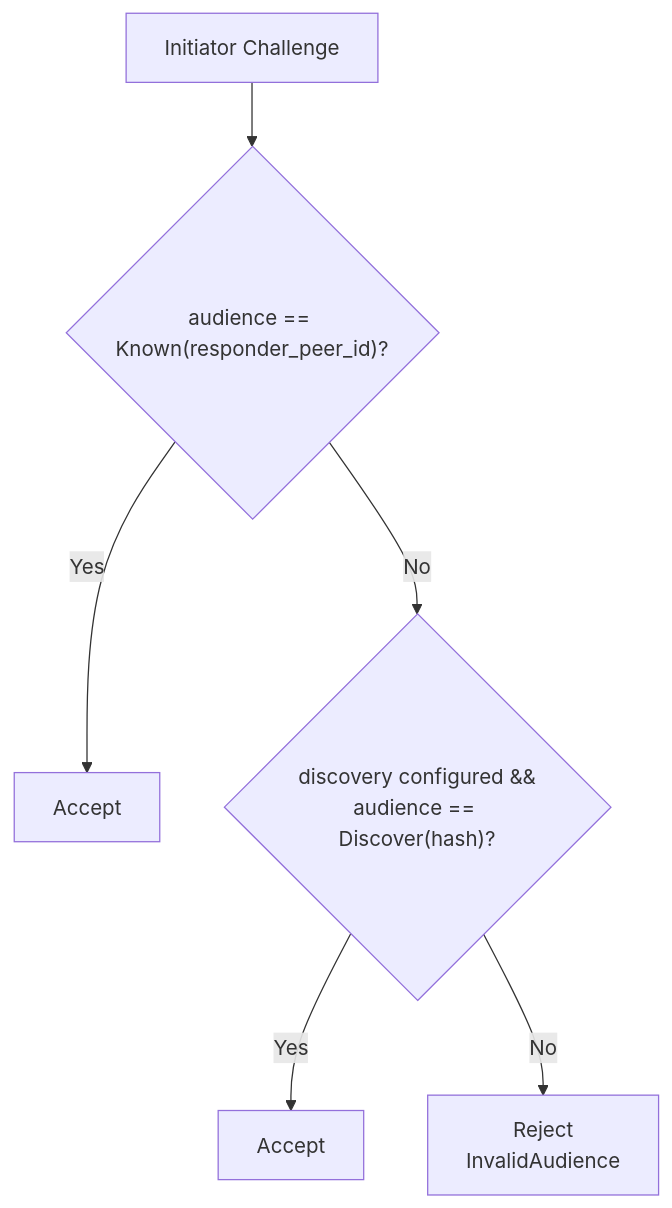
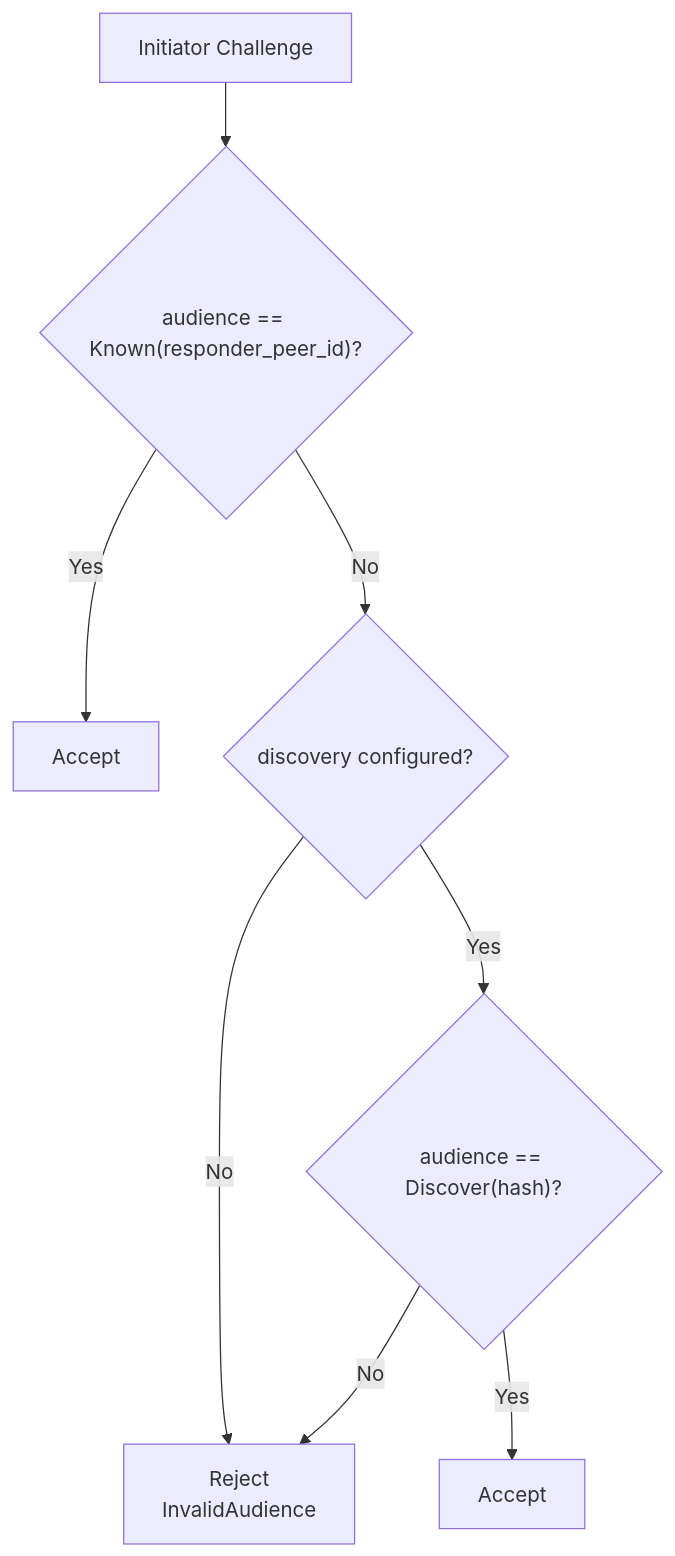
Before and after one commit to inkandswitch/subduction: the second of 4 diagrams in design/handshake.md, drawn with Mermaid. The commit also changed other lines of this file, not shown here.

Commit message:
Improve diagrams

````diff
--- a/design/handshake.md
+++ b/design/handshake.md
@@ -98,8 +97,10 @@
 ```mermaid
 flowchart TD
     A[Initiator Challenge] --> B{audience == Known&lpar;responder_peer_id&rpar;?}
     B -->|Yes| C[Accept]
-    B -->|No| D{discovery configured &&<br/>audience == Discover&lpar;hash&rpar;?}
-    D -->|Yes| E[Accept]
+    B -->|No| D{discovery configured?}
     D -->|No| F[Reject<br/>InvalidAudience]
+    D -->|Yes| E{audience == Discover&lpar;hash&rpar;?}
+    E -->|Yes| G[Accept]
+    E -->|No| F
 ```
````
